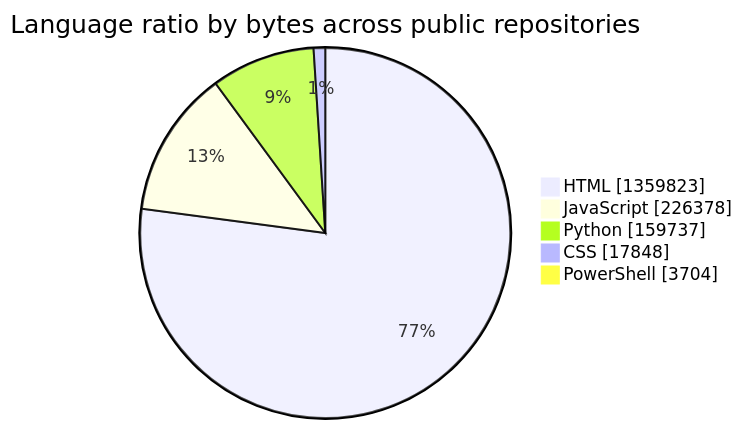
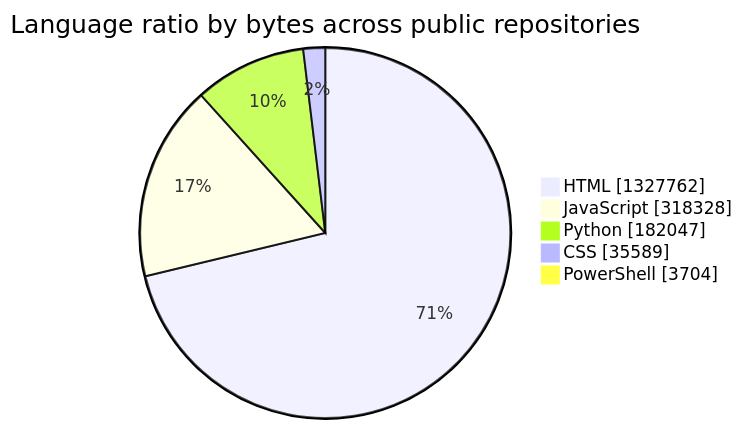
One commit to tchinso/tchinso changed the first of 2 diagrams in README.md. Above: the diagram before and after it, drawn with Mermaid. The commit also changed other lines of this file, not shown here.

````diff
--- a/README.md
+++ b/README.md
@@ -21,9 +21,9 @@
 ```mermaid
 pie showData
     title Language ratio by bytes across public repositories
-    "HTML" : 1359823
-    "JavaScript" : 226378
-    "Python" : 159737
-    "CSS" : 17848
+    "HTML" : 1327762
+    "JavaScript" : 318328
+    "Python" : 182047
+    "CSS" : 35589
     "PowerShell" : 3704
 ```
````
